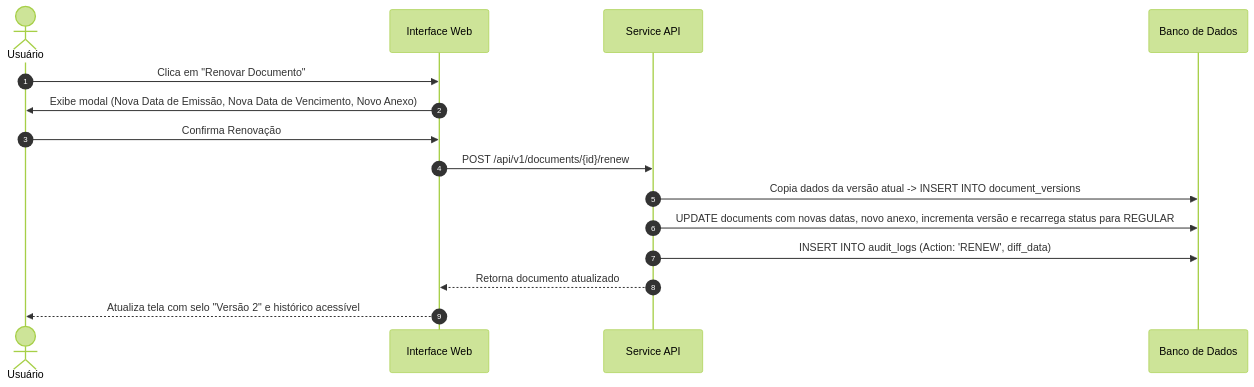
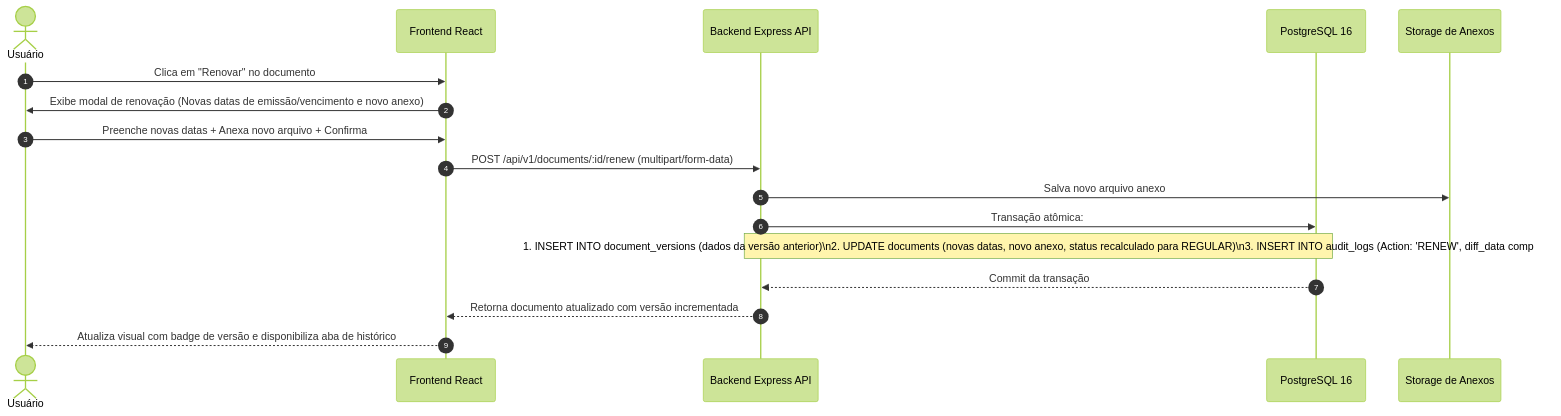
One commit to anmarfp/ObDocs changed the fourth of 4 diagrams in docs/ARCHITECTURE.md. Above: the diagram before and after it, drawn with Mermaid (forest theme). The commit also changed other lines of this file and 1 other file, not shown here.

Commit message:
docs: atualizar PRD e ARCHITECTURE para refletir a conclusao da Fase 4 e a entrega do sistema

````diff
--- a/docs/ARCHITECTURE.md
+++ b/docs/ARCHITECTURE.md
@@ -319,18 +329,20 @@
 ```mermaid
 sequenceDiagram
     autonumber
     actor User as Usuário
-    participant UI as Interface Web
-    participant API as Service API
-    participant DB as Banco de Dados
+    participant UI as Frontend React
+    participant API as Backend Express API
+    participant DB as PostgreSQL 16
+    participant Storage as Storage de Anexos
 
-    User->>UI: Clica em "Renovar Documento"
-    UI->>User: Exibe modal (Nova Data de Emissão, Nova Data de Vencimento, Novo Anexo)
-    User->>UI: Confirma Renovação
-    UI->>API: POST /api/v1/documents/{id}/renew
-    API->>DB: Copia dados da versão atual -> INSERT INTO document_versions
-    API->>DB: UPDATE documents com novas datas, novo anexo, incrementa versão e recarrega status para REGULAR
-    API->>DB: INSERT INTO audit_logs (Action: 'RENEW', diff_data)
-    API-->>UI: Retorna documento atualizado
-    UI-->>User: Atualiza tela com selo "Versão 2" e histórico acessível
+    User->>UI: Clica em "Renovar" no documento
+    UI->>User: Exibe modal de renovação (Novas datas de emissão/vencimento e novo anexo)
+    User->>UI: Preenche novas datas + Anexa novo arquivo + Confirma
+    UI->>API: POST /api/v1/documents/:id/renew (multipart/form-data)
+    API->>Storage: Salva novo arquivo anexo
+    API->>DB: Transação atômica:
+    Note over API,DB: 1. INSERT INTO document_versions (dados da versão anterior)\n2. UPDATE documents (novas datas, novo anexo, status recalculado para REGULAR)\n3. INSERT INTO audit_logs (Action: 'RENEW', diff_data completo)
+    DB-->>API: Commit da transação
+    API-->>UI: Retorna documento atualizado com versão incrementada
+    UI-->>User: Atualiza visual com badge de versão e disponibiliza aba de histórico
 ```
````
